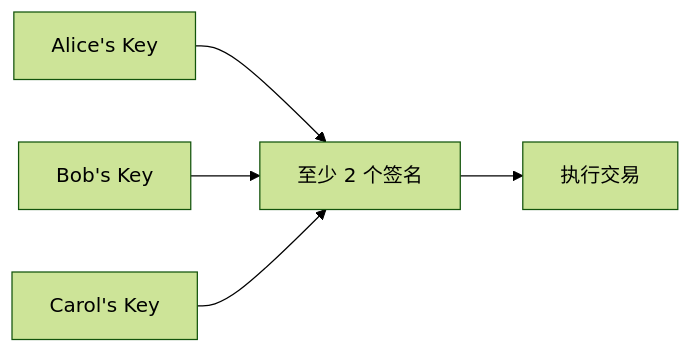
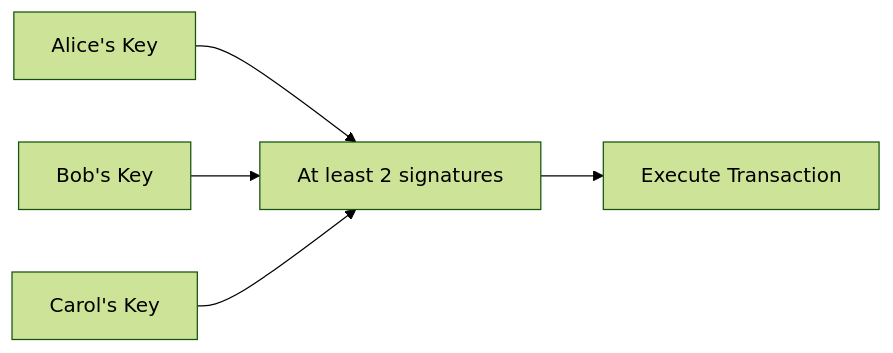
One commit to stars-labs/cryptograph-onboarding-trainning changed the third of 3 diagrams in docs/cryptography/crypto-applications.md. Above: the diagram before and after it, drawn with Mermaid (forest theme). The commit also changed other lines of this file and 15 other files, not shown here.

````diff
--- a/docs/cryptography/crypto-applications.md
+++ b/docs/cryptography/crypto-applications.md
@@ -96,7 +96,7 @@
 ```mermaid
 flowchart LR
-    A[Alice's Key] --> SIG["至少 2 个签名"]
+    A[Alice's Key] --> SIG["At least 2 signatures"]
     B[Bob's Key] --> SIG
     C[Carol's Key] --> SIG
-    SIG --> TX[执行交易]
+    SIG --> TX[Execute Transaction]
 ```
````
